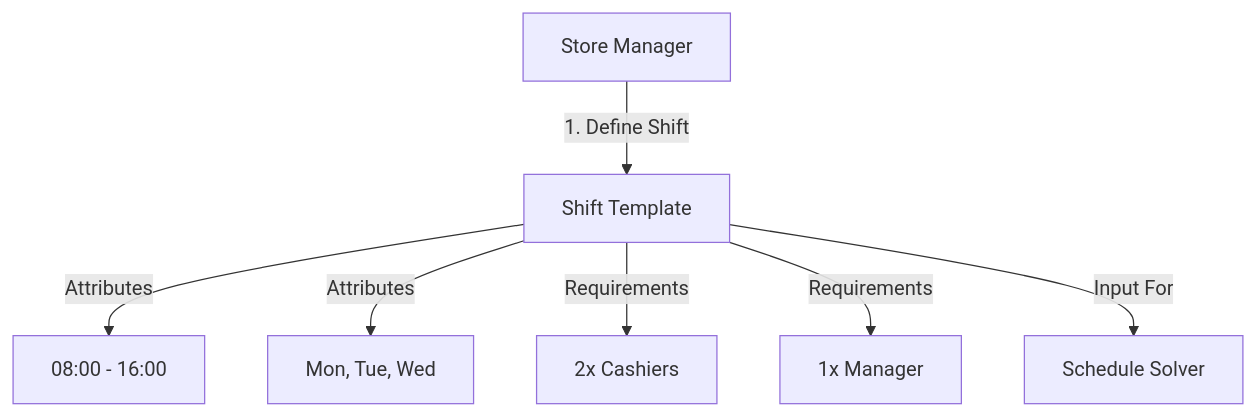
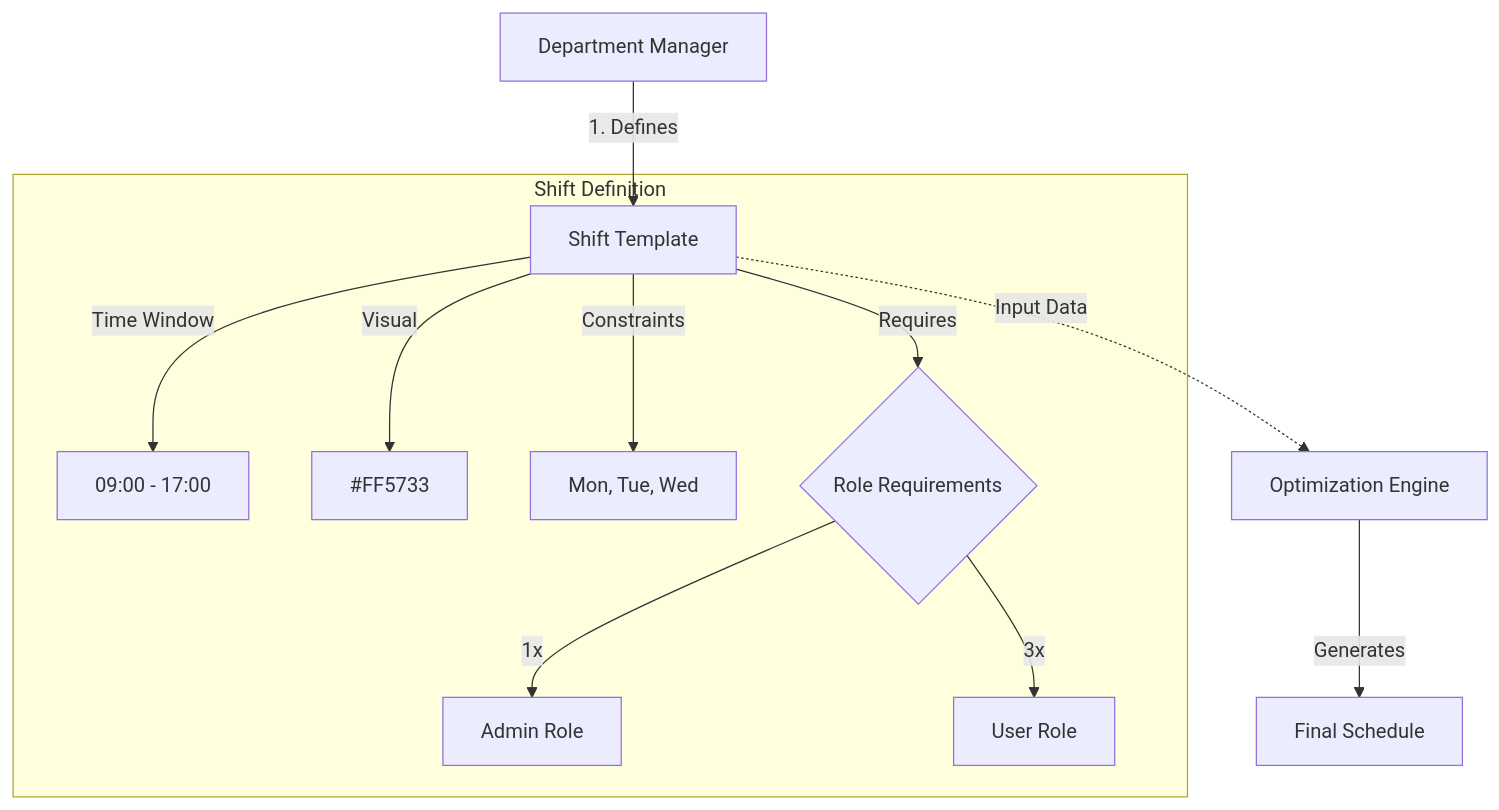
The diagram in technical_documentation/02_MODULES/shift/01_OVERVIEW.md (moses1998lee/horaion-documentation), drawn with Mermaid before and after one commit. The commit also changed other lines of this file and 3 other files, not shown here.

````diff
--- a/technical_documentation/02_MODULES/shift/01_OVERVIEW.md
+++ b/technical_documentation/02_MODULES/shift/01_OVERVIEW.md
@@ -26,12 +33,17 @@
 ```mermaid
 graph TD
-    Manager[Store Manager] --> |1. Define Shift| Shift[Shift Template]
+    Manager[Department Manager] --> |1. Defines| Shift[Shift Template]
     
-    Shift --> |Attributes| Time[08:00 - 16:00]
-    Shift --> |Attributes| Days[Mon, Tue, Wed]
+    subgraph "Shift Definition"
+        Shift --> |Time Window| Time[09:00 - 17:00]
+        Shift --> |Visual| Color[#FF5733]
+        Shift --> |Constraints| Days[Mon, Tue, Wed]
+        
+        Shift --> |Requires| RoleReqs{Role Requirements}
+        RoleReqs --> |1x| Admin[Admin Role]
+        RoleReqs --> |3x| User[User Role]
+    end
     
-    Shift --> |Requirements| ShiftRole1[2x Cashiers]
-    Shift --> |Requirements| ShiftRole2[1x Manager]
-    
-    Shift --> |Input For| Solver[Schedule Solver]
+    Shift -.-> |Input Data| Solver[Optimization Engine]
+    Solver --> |Generates| Roster[Final Schedule]
 ```
````
